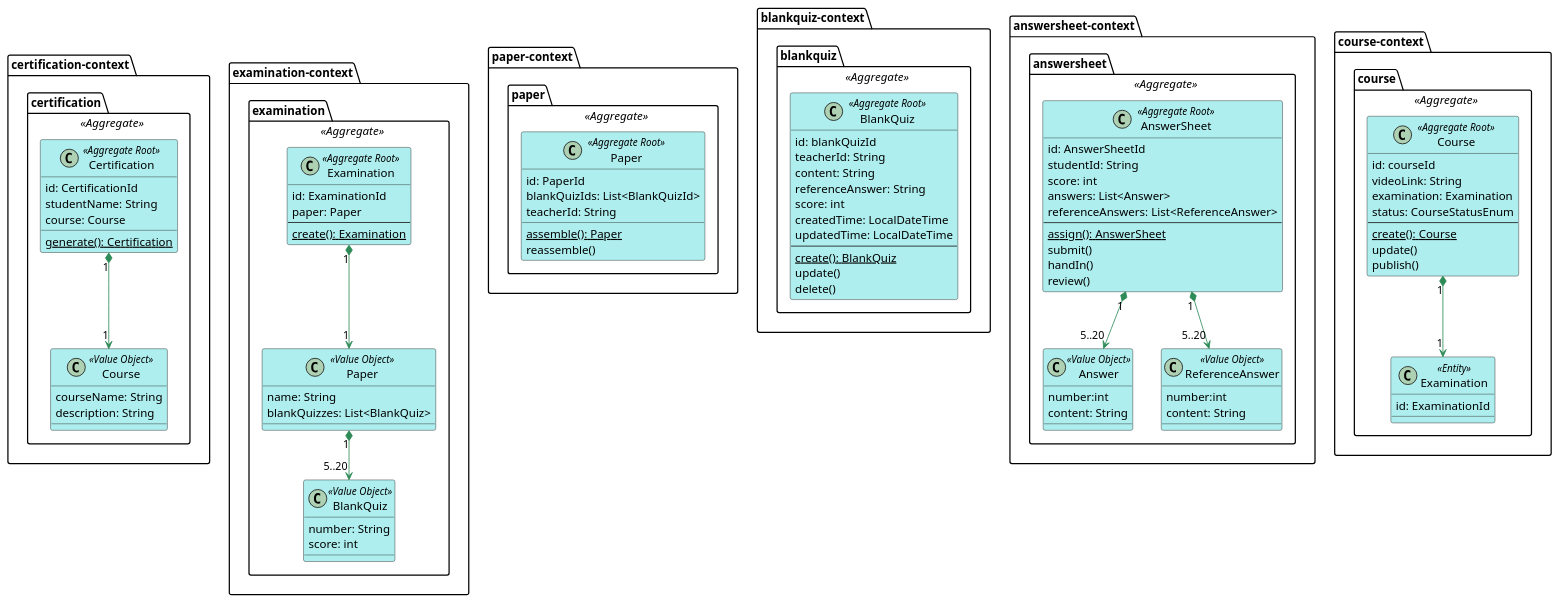
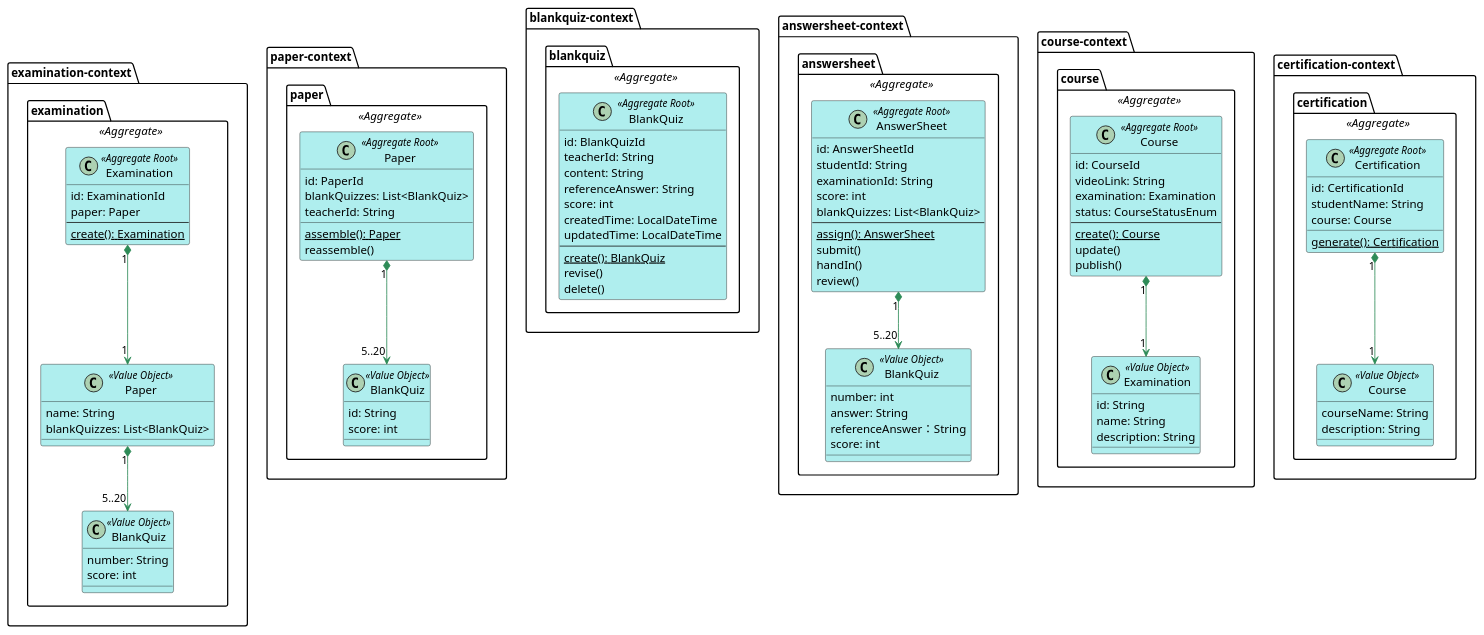
One commit to DDD-Bootcamp/exam-plantform-hexagonal changed the diagram in design/exam-model.puml. Above: the diagram before and after it, drawn with PlantUML. The commit also changed 1 other file, not shown here.

```diff
--- a/design/exam-model.puml
+++ b/design/exam-model.puml
@@ -3,22 +3,6 @@
 skinparam class {
     BackgroundColor PaleTurquoise 
     ArrowColor SeaGreen
-}
-
-package certification-context {
-    package certification <<Aggregate>> {
-        class Certification <<Aggregate Root>> {
-            id: CertificationId
-            studentName: String
-            course: Course
-            {static} generate(): Certification
-        }
-        class "Course" as cc <<Value Object>> {
-            courseName: String
-            description: String
-        }
-        Certification "1" *--> "1" cc
-    }
 }
 
 package examination-context {
@@ -46,23 +30,24 @@
     package paper <<Aggregate>> {
         class Paper <<Aggregate Root>> {
             id: PaperId
-            blankQuizIds: List<BlankQuizId>
+            blankQuizzes: List<BlankQuiz>
             teacherId: String
             {static} assemble(): Paper
             reassemble()
         }
-'        class "BlankQuiz" as ebp <<Value Object>> {
-'                    number: String
-'                    score: int
-'                }
-'                Paper "1" *--> "5..20" ebp
+
+        class "BlankQuiz" as pbq <<Value Object>> {
+                    id: String
+                    score: int
+                }
+        Paper "1" *--> "5..20" pbq
     }
 }
 
 package blankquiz-context {
     package blankquiz <<Aggregate>> {
         class BlankQuiz <<Aggregate Root>> {
-            id: blankQuizId
+            id: BlankQuizId
             teacherId: String
             content: String
             referenceAnswer: String
@@ -71,7 +56,7 @@
             updatedTime: LocalDateTime
             --
             {static} create(): BlankQuiz
-            update()
+            revise()
             delete()
         }
     }
@@ -82,9 +67,9 @@
         class AnswerSheet <<Aggregate Root>> {
             id: AnswerSheetId
             studentId: String
+            examinationId: String
             score: int
-            answers: List<Answer>
-            referenceAnswers: List<ReferenceAnswer>
+            blankQuizzes: List<BlankQuiz>
             --
             {static} assign(): AnswerSheet
             submit()
@@ -92,24 +77,22 @@
             review()
         }
 
-        class Answer <<Value Object>> {
-        number:int
-        content: String
-        }
-        class ReferenceAnswer <<Value Object>> {
-         number:int
-                content: String
+        class "BlankQuiz" as ebb <<Value Object>> {
+        number: int
+        answer: String
+        referenceAnswer：String
+        score: int
         }
 
-        AnswerSheet "1" *--> "5..20" Answer
-        AnswerSheet "1" *--> "5..20" ReferenceAnswer
+
+        AnswerSheet "1" *--> "5..20" ebb
     }
 }
 
 package course-context {
     package course <<Aggregate>> {
         class Course <<Aggregate Root>> {
-            id: courseId
+            id: CourseId
             videoLink: String
             examination: Examination
             status: CourseStatusEnum
@@ -119,88 +102,29 @@
             publish()
         }
 
-        class "Examination" as ce <<Entity>> {
-            id: ExaminationId
+        class "Examination" as ce <<Value Object>> {
+            id: String
+            name: String
+            description: String
         }
         Course "1" *--> "1" ce
     }
 }
 
+package certification-context {
+    package certification <<Aggregate>> {
+        class Certification <<Aggregate Root>> {
+            id: CertificationId
+            studentName: String
+            course: Course
+            {static} generate(): Certification
+        }
+        class "Course" as cc <<Value Object>> {
+            courseName: String
+            description: String
+        }
+        Certification "1" *--> "1" cc
+    }
+}
 
-
-
-' package examination {
-'     package examination <<Aggregate>> {
-'         class Examination <<Entity>> <<Aggregate Root>> {
-'             id: ExaminationId
-'             paperId: PaperId
-'             createTime: LocalDateTime
-'             startTime: LocalDateTime
-'             endTime: LocalDateTime
-'             answerSheetIds: List<AnswerSheetId>
-'         }
-
-'         interface ExaminationSpecification {
-'             isSatisfiedBy(Examination examination): boolean
-'         }
-'         UniquePaperExaminationSpecification --|> ExaminationSpecification
-'         class UniquePaperExaminationSpecification <<Value Object>> {
-'             isSatisfiedBy(Examination examination): boolean 
-'         }
-'         OverTimeExaminationSpecification --|> ExaminationSpecification
-'         class OverTimeExaminationSpecification <<Value Object>> {
-'             isSatisfiedBy(Examination examination): boolean 
-'         }
-'         Examination --up[hidden] ExaminationSpecification
-'         creatingExaminationService --up[hidden] Examination
-'     }
-' }
-
-' package paper {
-'     package paper <<Aggregate>> {
-'         class Paper <<Entity>> <<Aggregate Root>> {
-'             id: PaperId 
-'             quizToReferenceAnswerMap: Map<Quiz, ReferenceAnswer>
-'             score(AnswerSheet answerSheet): BigDecimal
-'         }
-'         Paper ..> AnswerSheet
-'         class AnswerSheet <<Value Object>> {
-'             quizToAnswerMap: Map<Quiz, Answer>
-'         }
-'         Paper --> ReferenceAnswer
-'         class ReferenceAnswer <<Value Object>>
-'         ReferenceAnswer --|> Answer
-'         Paper ..> Answer
-'         class Answer <<Value Object>> {
-'             value: String 
-'         }
-'         Paper --> Quiz
-'         class Quiz <<Value Object>> {
-'             description: String 
-'             score: Long 
-'         }
-'         Paper --up[hidden] PaperSpecification
-'         interface PaperSpecification {
-'             isSatisfiedBy(Paper paper): boolean 
-'         }
-'         QuizCountPaperSpecification --|> PaperSpecification
-'         class QuizCountPaperSpecification <<Value Object>> {
-'             isSatisfiedBy(Paper paper): boolean
-'         }
-'         TotalScorePaperSpecification --|> PaperSpecification
-'         class TotalScorePaperSpecification <<Value Object>> {
-'             isSatisfiedBy(Paper paper): boolean 
-'         }
-'         DuplicateQuizPaperSpecification --|> PaperSpecification
-'         class DuplicateQuizPaperSpecification <<Value Object>> {
-'             isSatisfiedBy(Paper paper): boolean 
-'         }
-'         class BlankQuiz <<Value Object>>
-'         class Quiz <<Value Object>> {
-'             score: Long 
-'             description: string
-'         }
-'         BlankQuiz -up-|> Quiz
-'     }
-' }
 @enduml
```
